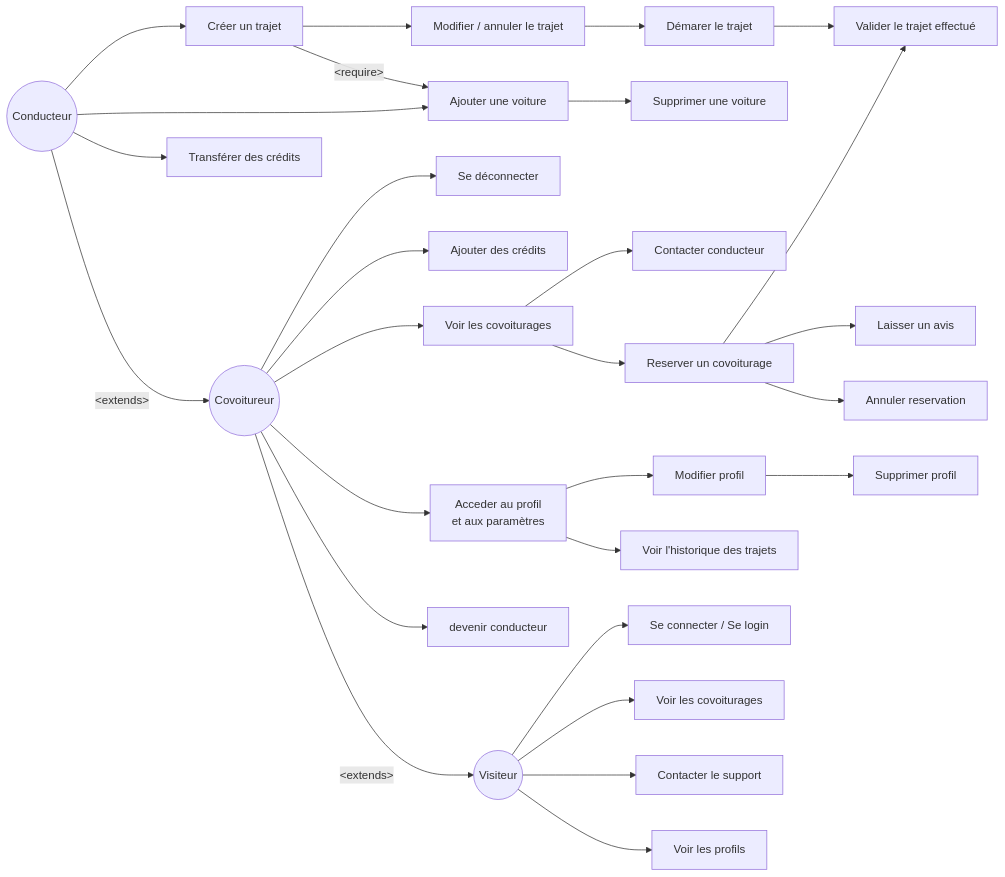
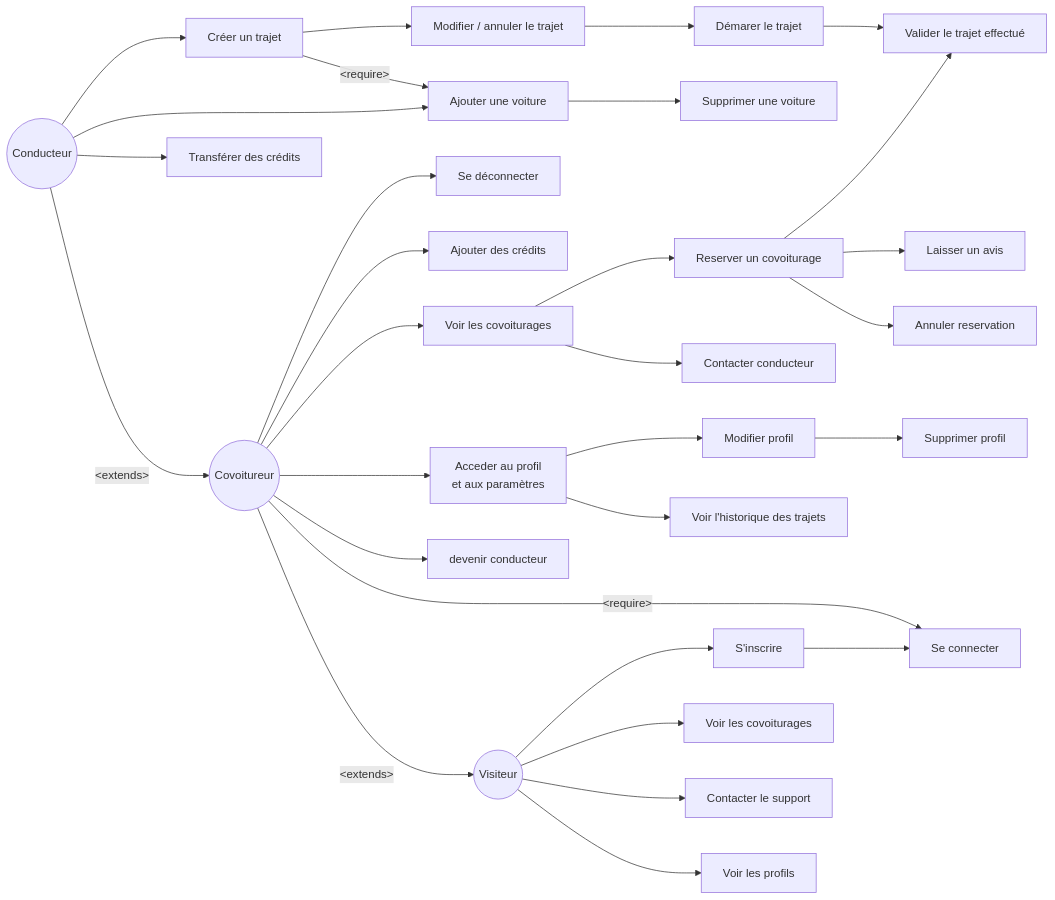
Before and after one commit to Anarchick/EcoRide: the diagram in diagrams/flowchart/usecase.mmd, drawn with Mermaid. The commit also changed 1 other file, not shown here.

Commit message:
Update diagrams

```diff
--- a/diagrams/flowchart/usecase.mmd
+++ b/diagrams/flowchart/usecase.mmd
@@ -1,35 +1,37 @@
 flowchart LR
 visitor((Visiteur))
 user((Covoitureur))
 driver((Conducteur))
 
-visitor  --> /login[Se connecter / Se login]
+visitor --> /register[S'inscrire]
+/register --> /login[Se connecter]
 visitor --> p/travels[Voir les covoiturages]
 visitor --> /contact[Contacter le support]
 visitor --> /profils[Voir les profils]
 
 user --> /logout[Se déconnecter]
 user --> /profil/credits/add[Ajouter des crédits]
 user --> /travels[Voir les covoiturages]
+/travels --> /travels/join[Reserver un covoiturage]
 /travels --> /travels/contact[Contacter conducteur]
-/travels --> /travels/join[Reserver un covoiturage]
 /travels/join -->/travels/validate
 /travels/join --> /travels/review[Laisser un avis]
 /travels/join --> /travels/leave[Annuler reservation]
 user --> /profil[Acceder au profil<br> et aux paramètres]
 /profil --> /profil/edit[Modifier profil]
 /profil --> /profil/history[Voir l'historique des trajets]
 /profil/edit --> /profil/delete[Supprimer profil]
 user --> /profil/driver[devenir conducteur]
 
 driver --> /travels/create[Créer un trajet]
 /travels/create --> /travels/edit[Modifier / annuler le trajet]
 /travels/edit --> /travels/start[Démarer le trajet]
 /travels/start --> /travels/validate[Valider le trajet effectué]
 driver --> /profil/car/add[Ajouter une voiture]
 /profil/car/add --> /profil/car/delete[Supprimer une voiture]
 /travels/create -->|&lt;require&gt;| /profil/car/add
 driver --> /profil/credits/transfert[Transférer des crédits]
 
+user -->|&lt;require&gt;| /login
 user -->|&lt;extends&gt;| visitor
 driver -->|&lt;extends&gt;| user
```
